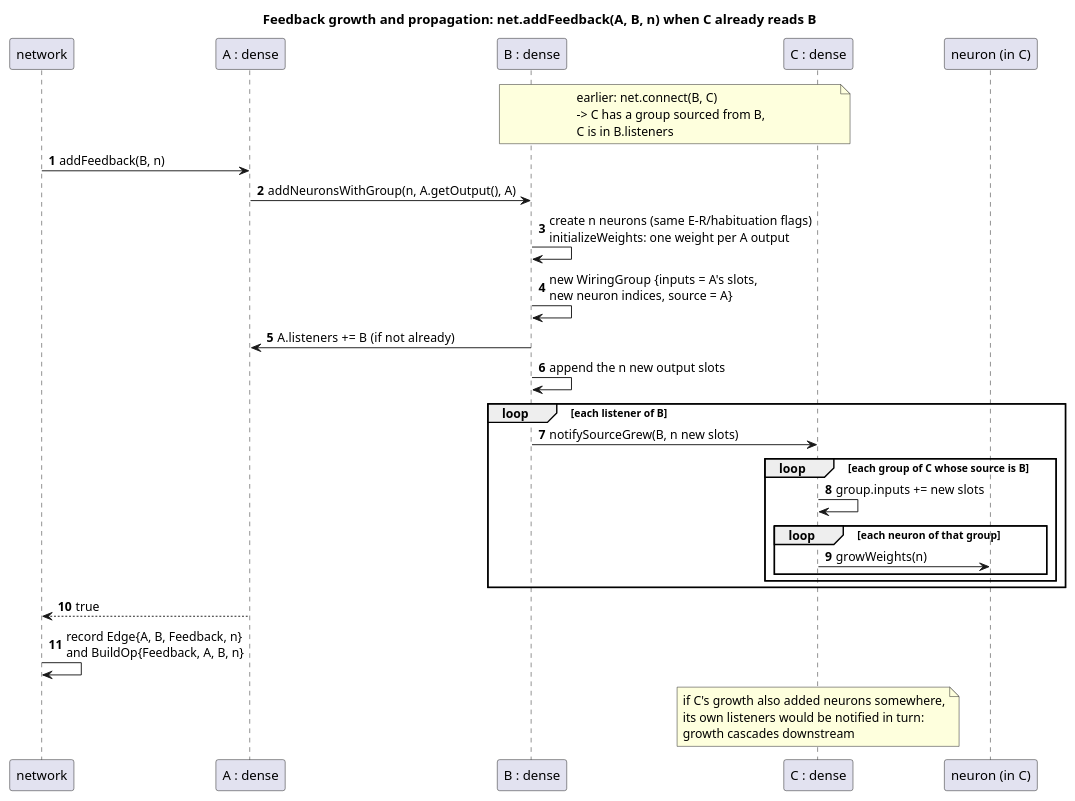
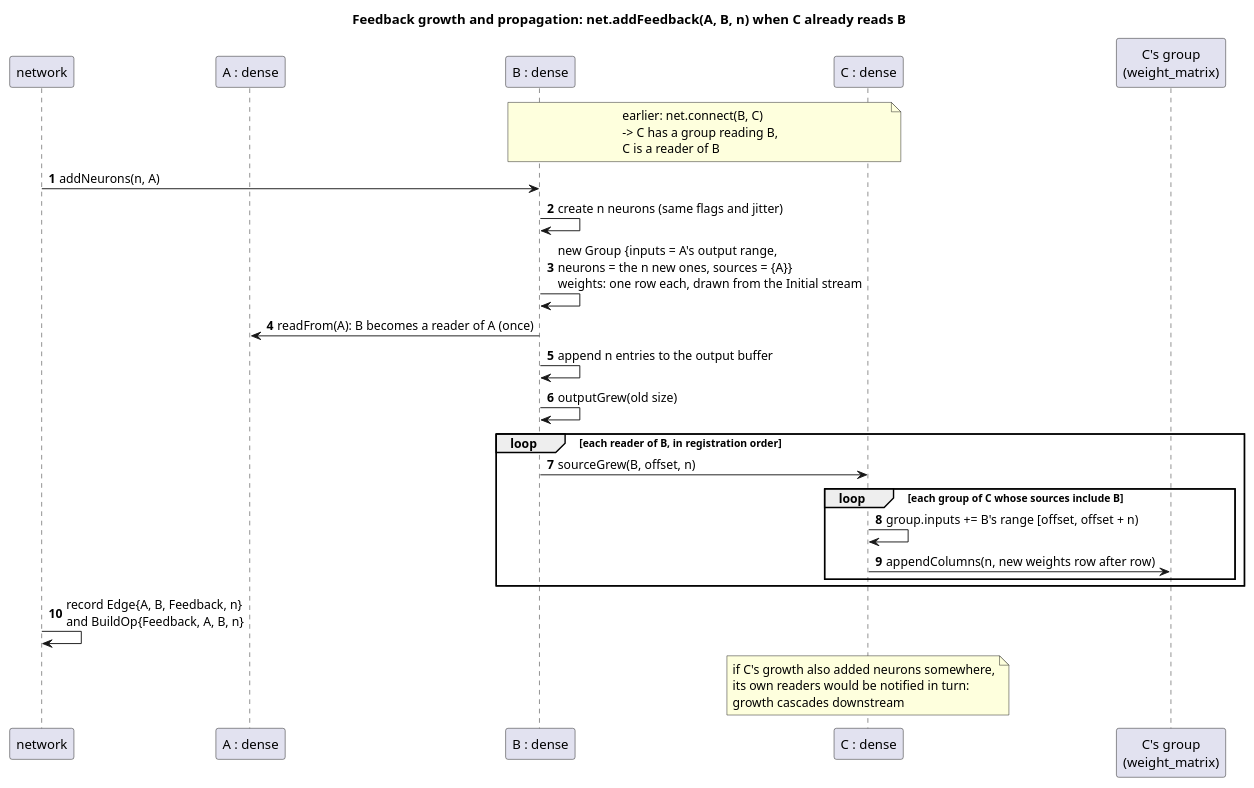
The diagram in doc/diagrams/sequence_growth.puml (arielkonopka/exRelaxer), drawn with PlantUML before and after one commit. The commit also changed 60 other files, not shown here.

```diff
--- a/doc/diagrams/sequence_growth.puml
+++ b/doc/diagrams/sequence_growth.puml
@@ -1,42 +1,39 @@
 @startuml sequence_growth
 skinparam shadowing false
 skinparam sequenceMessageAlign left
 autonumber
 
 title Feedback growth and propagation: net.addFeedback(A, B, n) when C already reads B
 
 participant network
 participant "A : dense" as A
 participant "B : dense" as B
 participant "C : dense" as C
-participant "neuron (in C)" as CN
+participant "C's group\n(weight_matrix)" as CW
 
-note over B, C : earlier: net.connect(B, C)\n-> C has a group sourced from B,\nC is in B.listeners
+note over B, C : earlier: net.connect(B, C)\n-> C has a group reading B,\nC is a reader of B
 
-network -> A : addFeedback(B, n)
-A -> B : addNeuronsWithGroup(n, A.getOutput(), A)
-B -> B : create n neurons (same E-R/habituation flags)\ninitializeWeights: one weight per A output
-B -> B : new WiringGroup {inputs = A's slots,\nnew neuron indices, source = A}
-B -> A : A.listeners += B  (if not already)
-B -> B : append the n new output slots
+network -> B : addNeurons(n, A)
+B -> B : create n neurons (same flags and jitter)
+B -> B : new Group {inputs = A's output range,\nneurons = the n new ones, sources = {A}}\nweights: one row each, drawn from the Initial stream
+B -> A : readFrom(A): B becomes a reader of A (once)
+B -> B : append n entries to the output buffer
 
-loop each listener of B
-  B -> C : notifySourceGrew(B, n new slots)
-  loop each group of C whose source is B
-    C -> C : group.inputs += new slots
-    loop each neuron of that group
-      C -> CN : growWeights(n)
-    end
+B -> B : outputGrew(old size)
+loop each reader of B, in registration order
+  B -> C : sourceGrew(B, offset, n)
+  loop each group of C whose sources include B
+    C -> C : group.inputs += B's range [offset, offset + n)
+    C -> CW : appendColumns(n, new weights row after row)
   end
 end
 
-A --> network : true
 network -> network : record Edge{A, B, Feedback, n}\nand BuildOp{Feedback, A, B, n}
 
 note over C
   if C's growth also added neurons somewhere,
-  its own listeners would be notified in turn:
+  its own readers would be notified in turn:
   growth cascades downstream
 end note
 
 @enduml
```
